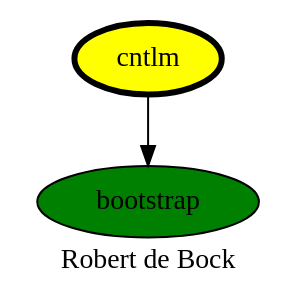
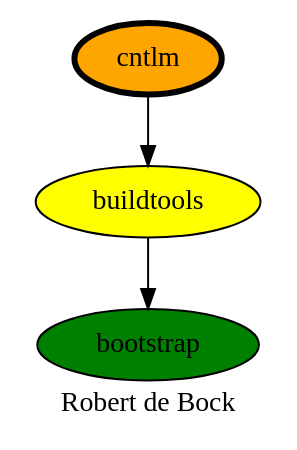
The diagram in cntlm.dot (robertdebock/drawings), drawn with Graphviz before and after one commit.

Commit message:
Add buildtools.

```diff
--- a/cntlm.dot
+++ b/cntlm.dot
@@ -1,9 +1,11 @@
 digraph PhiloDilemma {
   label = "Robert de Bock" ;
   overlap=false
   {
     bootstrap [fillcolor=green style=filled]
-    cntlm [fillcolor=yellow style=filled penwidth=3]
+    buildtools [fillcolor=yellow style=filled]
+    cntlm [fillcolor=orange style=filled penwidth=3]
   }
-  cntlm -> bootstrap
+  cntlm -> buildtools
+  buildtools -> bootstrap
 }
```
